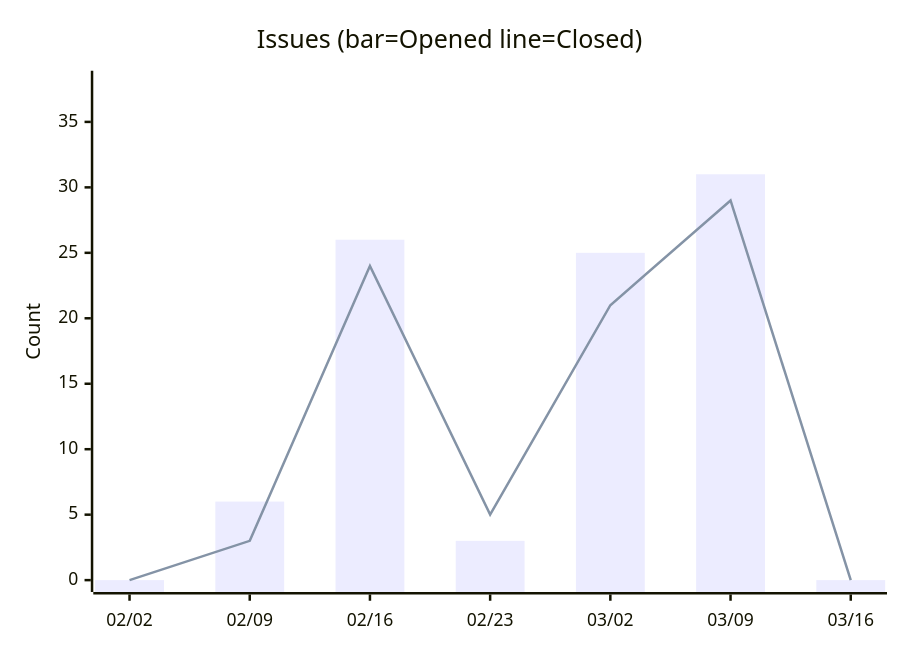
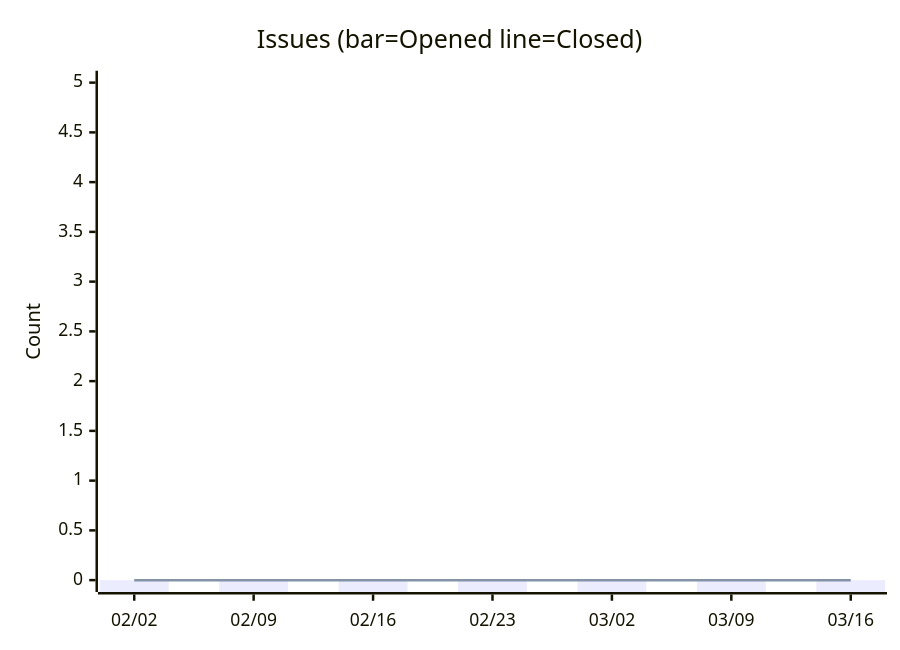
The fifth of 14 diagrams in docs/metrics.md (nablarch/nabledge-dev), drawn with Mermaid before and after one commit. The commit also changed other lines of this file, not shown here.

````diff
--- a/docs/metrics.md
+++ b/docs/metrics.md
@@ -79,8 +66,8 @@
 ```mermaid
 xychart-beta
   title "Issues (bar=Opened  line=Closed)"
   x-axis ["02/02", "02/09", "02/16", "02/23", "03/02", "03/09", "03/16"]
-  y-axis "Count" 0 --> 38
-  bar [0, 6, 26, 3, 25, 31, 0]
-  line [0, 3, 24, 5, 21, 29, 0]
+  y-axis "Count" 0 --> 5
+  bar [0, 0, 0, 0, 0, 0, 0]
+  line [0, 0, 0, 0, 0, 0, 0]
 ```
````
